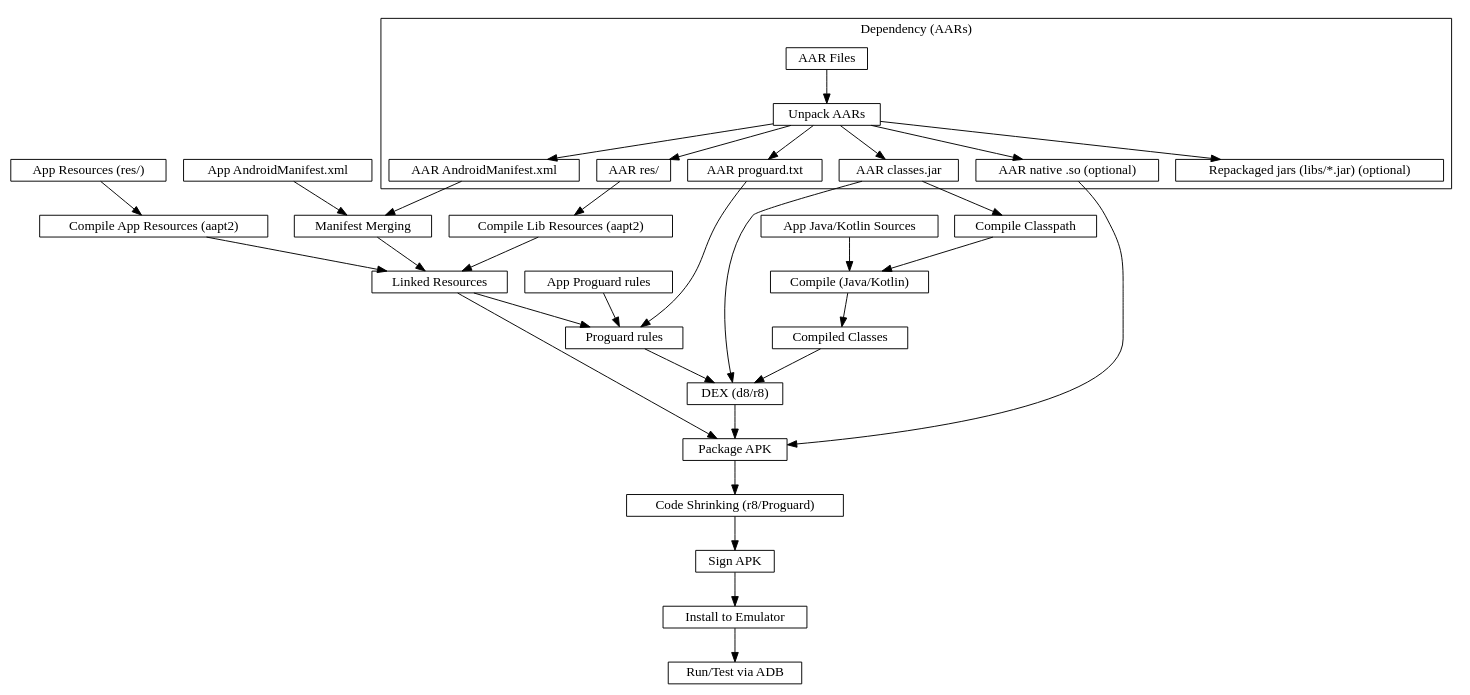
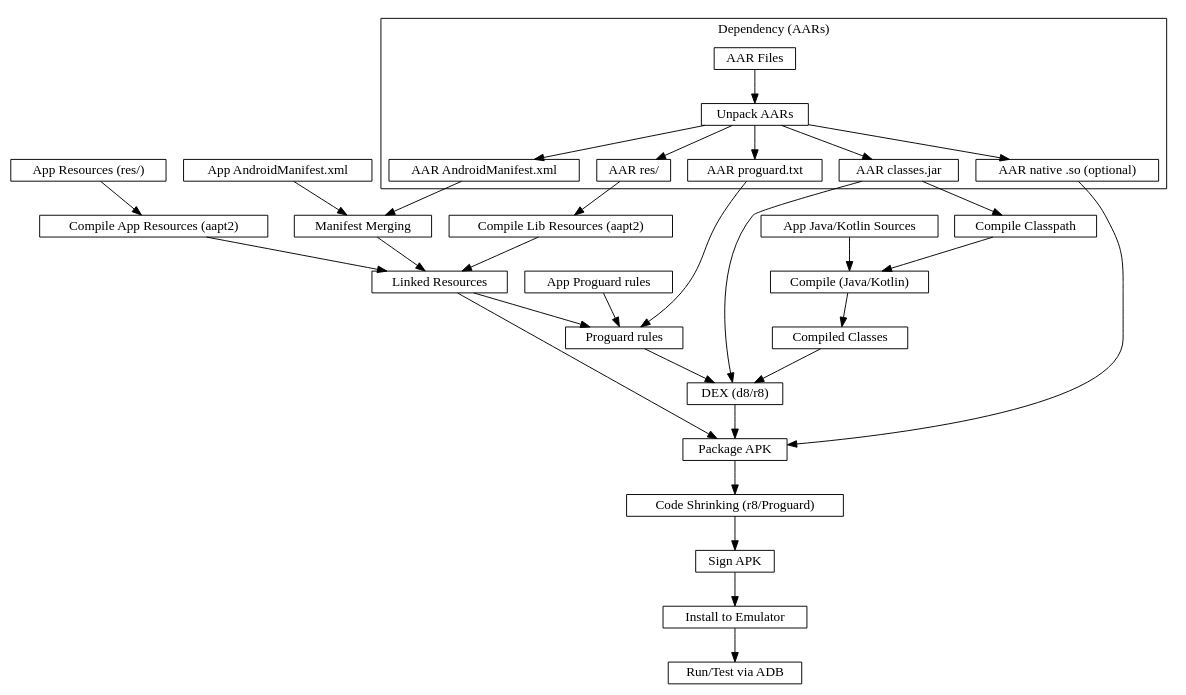
One commit to com-lihaoyi/mill changed the third of 3 diagrams in website/blog/modules/ROOT/pages/15-android-build-flow.adoc. Above: the diagram before and after it, drawn with Graphviz. The commit also changed other lines of this file, not shown here.

Commit message:
Fix links and make diagram smaller somewhat

```diff
--- a/website/blog/modules/ROOT/pages/15-android-build-flow.adoc
+++ b/website/blog/modules/ROOT/pages/15-android-build-flow.adoc
@@ -82,55 +82,57 @@
 [graphviz]
 ....
 digraph G {
   rankdir=TB
-  node [shape=box width=0 height=0]
+  node [shape=box width=0 height=0 style=filled fillcolor=white]
 
   // --- App inputs
   "App Java/Kotlin Sources" -> "Compile (Java/Kotlin)"
   "App Resources (res/)" -> "Compile App Resources (aapt2)"
   "App AndroidManifest.xml" -> "Manifest Merging"
   "App Proguard rules" -> "Proguard rules"
 
   // --- Library inputs
   subgraph cluster_aar {
     label="Dependency (AARs)"
+    rankdir=TB
+    node [shape=box width=0 height=0 style=filled fillcolor=white]
+
     "AAR Files" -> "Unpack AARs"
     "Unpack AARs" -> "AAR classes.jar"
     "Unpack AARs" -> "AAR res/"
     "Unpack AARs" -> "AAR AndroidManifest.xml"
     "Unpack AARs" -> "AAR proguard.txt"
     "Unpack AARs" -> "AAR native .so (optional)"
-    "Unpack AARs" -> "Repackaged jars (libs/*.jar) (optional)"
   }
 
   // --- Resource/link phase
   "AAR res/" -> "Compile Lib Resources (aapt2)"
   "Compile App Resources (aapt2)" -> "Linked Resources"
   "Compile Lib Resources (aapt2)" -> "Linked Resources"
   "AAR AndroidManifest.xml" -> "Manifest Merging"
   "Manifest Merging" -> "Linked Resources"
 
   // --- Classes & DEX
   "Compile (Java/Kotlin)" -> "Compiled Classes"
   "AAR classes.jar" -> "Compile Classpath"
   "AAR classes.jar" -> "DEX (d8/r8)"
   "Compile Classpath" -> "Compile (Java/Kotlin)"
   "Linked Resources" -> "Package APK"
   "Compiled Classes" -> "DEX (d8/r8)"
   "DEX (d8/r8)" -> "Package APK"
 
   // --- Proguard / main-dex rules
   "AAR proguard.txt" -> "Proguard rules"
   "Linked Resources" -> "Proguard rules"
   "Proguard rules" -> "DEX (d8/r8)"
 
   // --- Native libs & META-INF (optional)
   "AAR native .so (optional)" -> "Package APK"
 
   // --- Final steps
   "Package APK" -> "Code Shrinking (r8/Proguard)"
   "Code Shrinking (r8/Proguard)" -> "Sign APK"
   "Sign APK" -> "Install to Emulator"
   "Install to Emulator" -> "Run/Test via ADB"
 }
 ....
```
